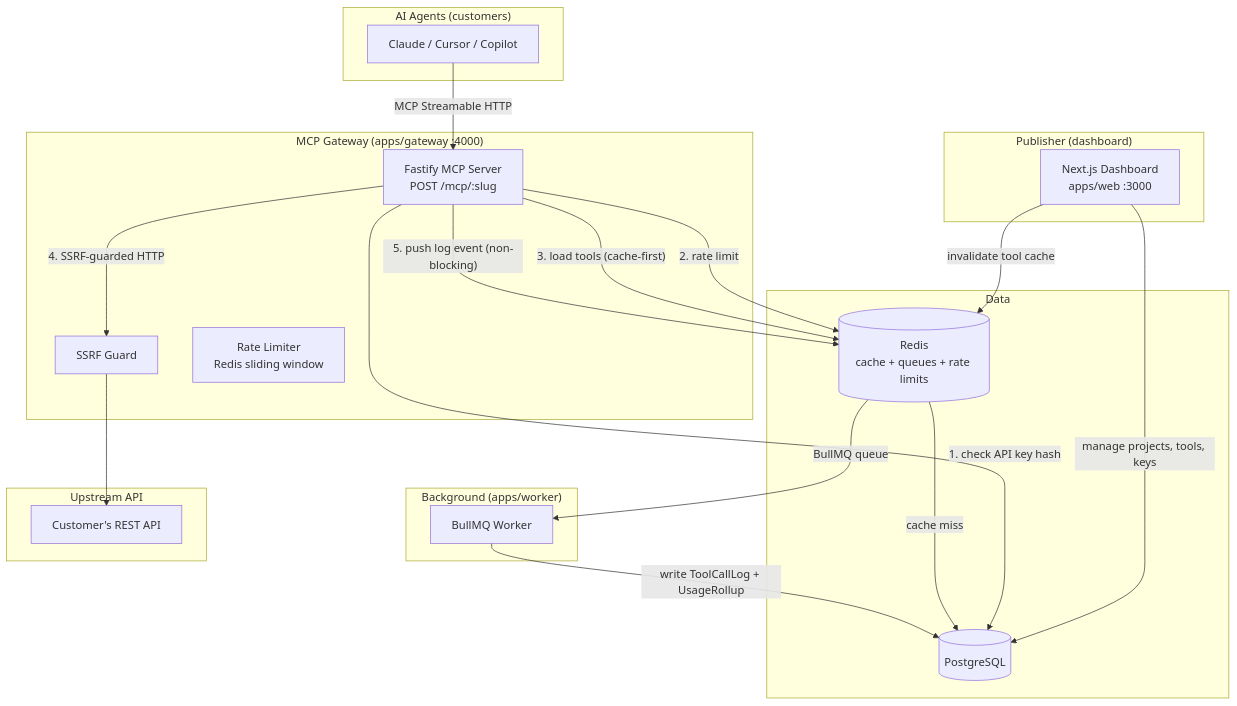
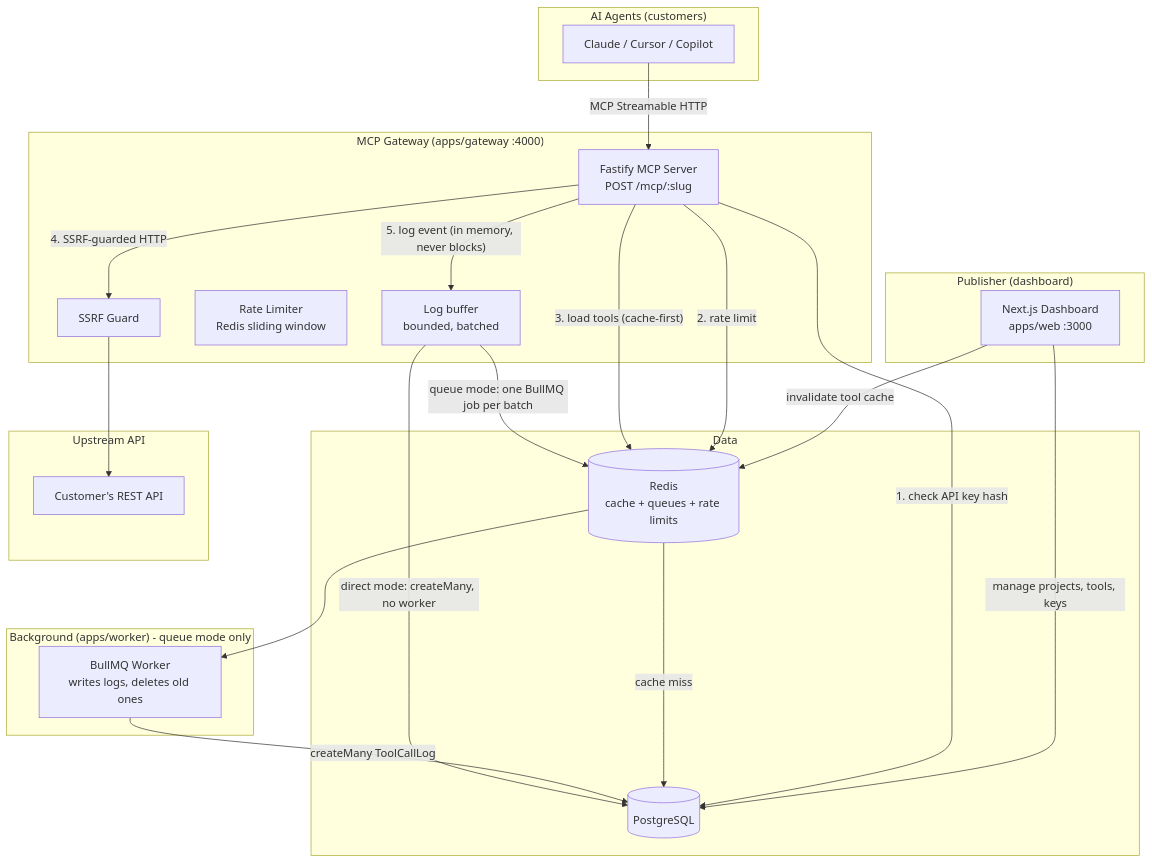
The diagram in docs/ARCHITECTURE.md (ishaa0414/mcp-gateway), drawn with Mermaid before and after one commit. The commit also changed other lines of this file and 68 other files, not shown here.

````diff
--- a/docs/ARCHITECTURE.md
+++ b/docs/ARCHITECTURE.md
@@ -9,43 +9,46 @@
 ```mermaid
 graph TD
     subgraph "Publisher (dashboard)"
         UI[Next.js Dashboard<br/>apps/web :3000]
     end
 
     subgraph "AI Agents (customers)"
         Agent[Claude / Cursor / Copilot]
     end
 
     subgraph "MCP Gateway (apps/gateway :4000)"
         GW[Fastify MCP Server<br/>POST /mcp/:slug]
         SSRF[SSRF Guard]
         RL[Rate Limiter<br/>Redis sliding window]
+        BUF[Log buffer<br/>bounded, batched]
     end
 
-    subgraph "Background (apps/worker)"
-        W[BullMQ Worker]
+    subgraph "Background (apps/worker) - queue mode only"
+        W[BullMQ Worker<br/>writes logs, deletes old ones]
     end
 
     subgraph "Data"
         PG[(PostgreSQL)]
         RD[(Redis<br/>cache + queues + rate limits)]
     end
 
     subgraph "Upstream API"
         API[Customer's REST API]
     end
 
     UI -->|"manage projects, tools, keys"| PG
     UI -->|"invalidate tool cache"| RD
 
     Agent -->|"MCP Streamable HTTP"| GW
     GW -->|"1. check API key hash"| PG
     GW -->|"2. rate limit"| RD
     GW -->|"3. load tools (cache-first)"| RD
     RD -->|"cache miss"| PG
     GW -->|"4. SSRF-guarded HTTP"| SSRF
     SSRF --> API
-    GW -->|"5. push log event (non-blocking)"| RD
-    RD -->|"BullMQ queue"| W
-    W -->|"write ToolCallLog + UsageRollup"| PG
+    GW -->|"5. log event (in memory, never blocks)"| BUF
+    BUF -->|"queue mode: one BullMQ job per batch"| RD
+    RD --> W
+    W -->|"createMany ToolCallLog"| PG
+    BUF -->|"direct mode: createMany, no worker"| PG
 ```
````
